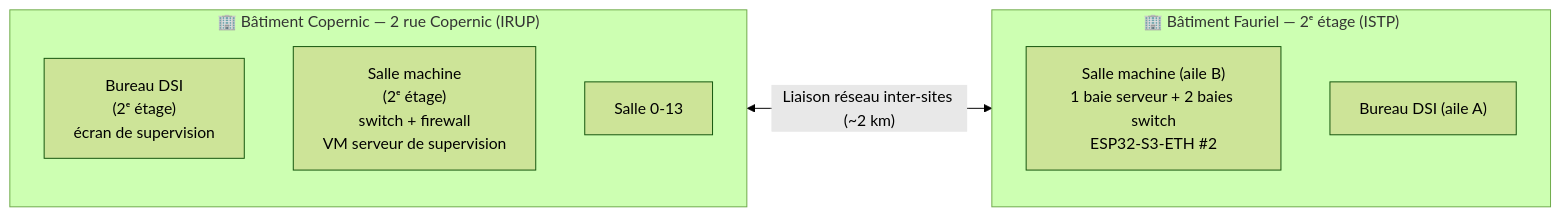
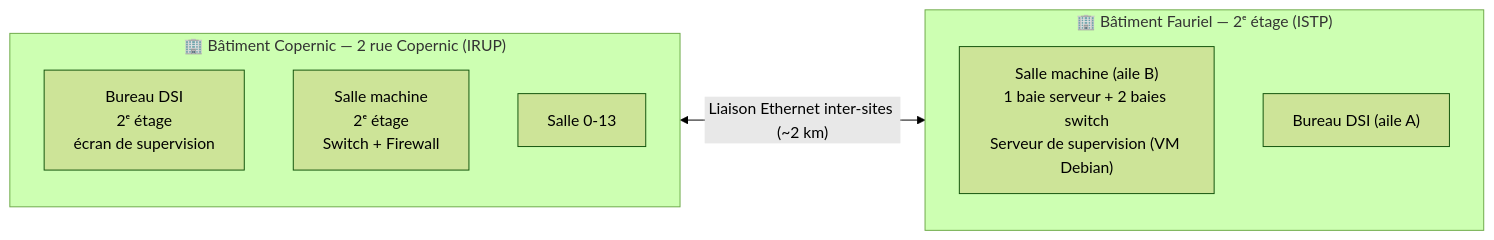
The second of 4 diagrams in Cahier des charges capteur de température.md (Traivox/supervision-thermique-bts), drawn with Mermaid (forest theme) before and after one commit. The commit also changed other lines of this file and 13 other files, not shown here.

First line of the commit message:
Integre les croquis manuscrits, passe en GPIO16 et fiabilise les schemas

````diff
--- a/Cahier des charges capteur de température.md
+++ b/Cahier des charges capteur de température.md
@@ -315,17 +309,17 @@
 ```mermaid
 flowchart LR
     subgraph COP["🏢 Bâtiment Copernic — 2 rue Copernic (IRUP)"]
         direction TB
-        C_DSI["Bureau DSI<br/>(2ᵉ étage)<br/>écran de supervision"]
-        C_SM["Salle machine<br/>(2ᵉ étage)<br/>switch + firewall<br/>VM serveur de supervision"]
+        C_DSI["Bureau DSI<br/>2ᵉ étage<br/>écran de supervision"]
+        C_SM["Salle machine<br/>2ᵉ étage<br/>Switch + Firewall"]
         C_013["Salle 0-13"]
     end
 
     subgraph FAU["🏢 Bâtiment Fauriel — 2ᵉ étage (ISTP)"]
         direction TB
-        F_SM["Salle machine (aile B)<br/>1 baie serveur + 2 baies switch<br/>ESP32-S3-ETH #2"]
+        F_SM["Salle machine (aile B)<br/>1 baie serveur + 2 baies switch<br/>Serveur de supervision (VM Debian)"]
         F_DSI["Bureau DSI (aile A)"]
     end
 
-    C_SM <-->|"Liaison réseau inter-sites (~2 km)"| F_SM
+    C_SM <-->|"Liaison Ethernet inter-sites (~2 km)"| F_SM
 ```
````
